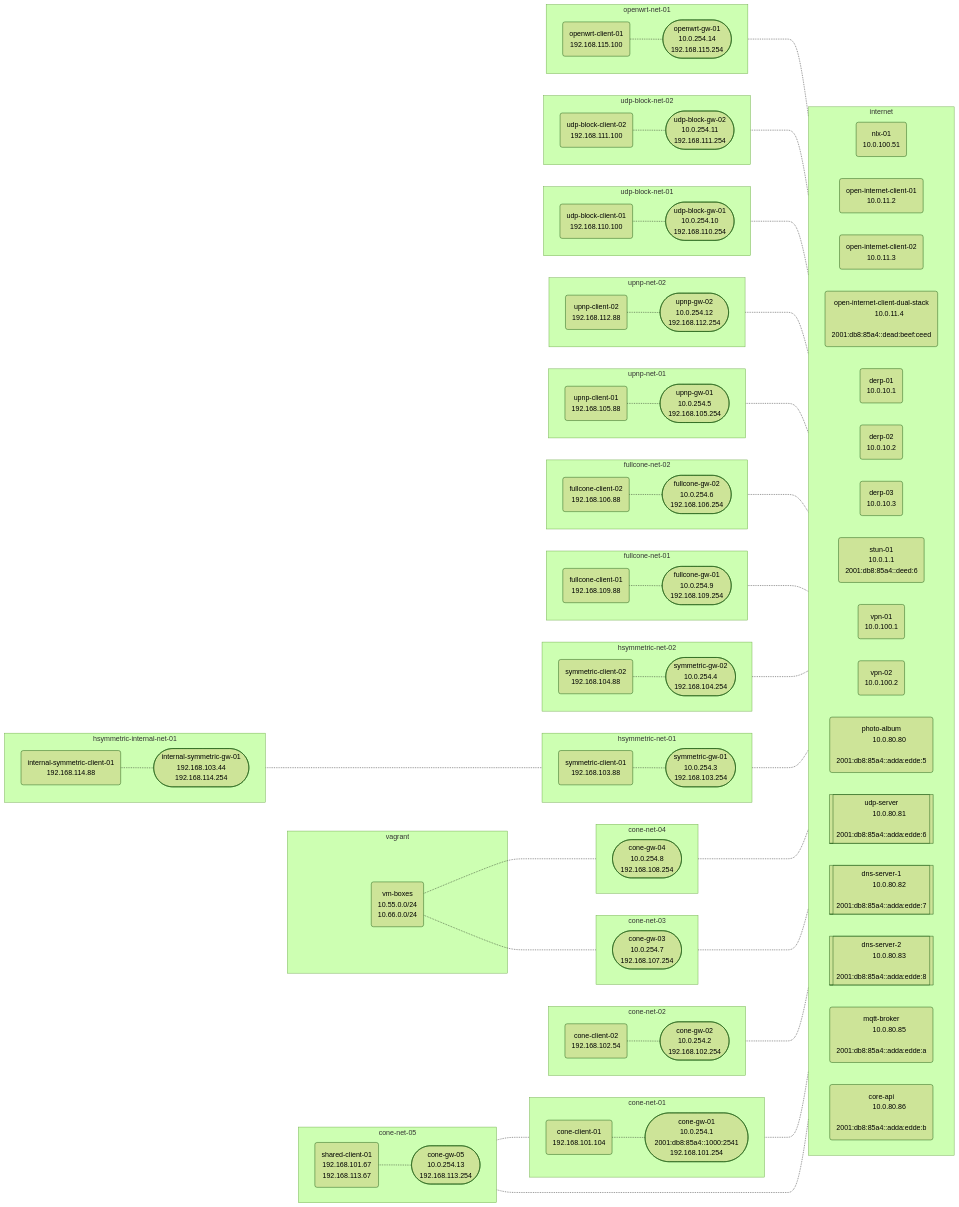
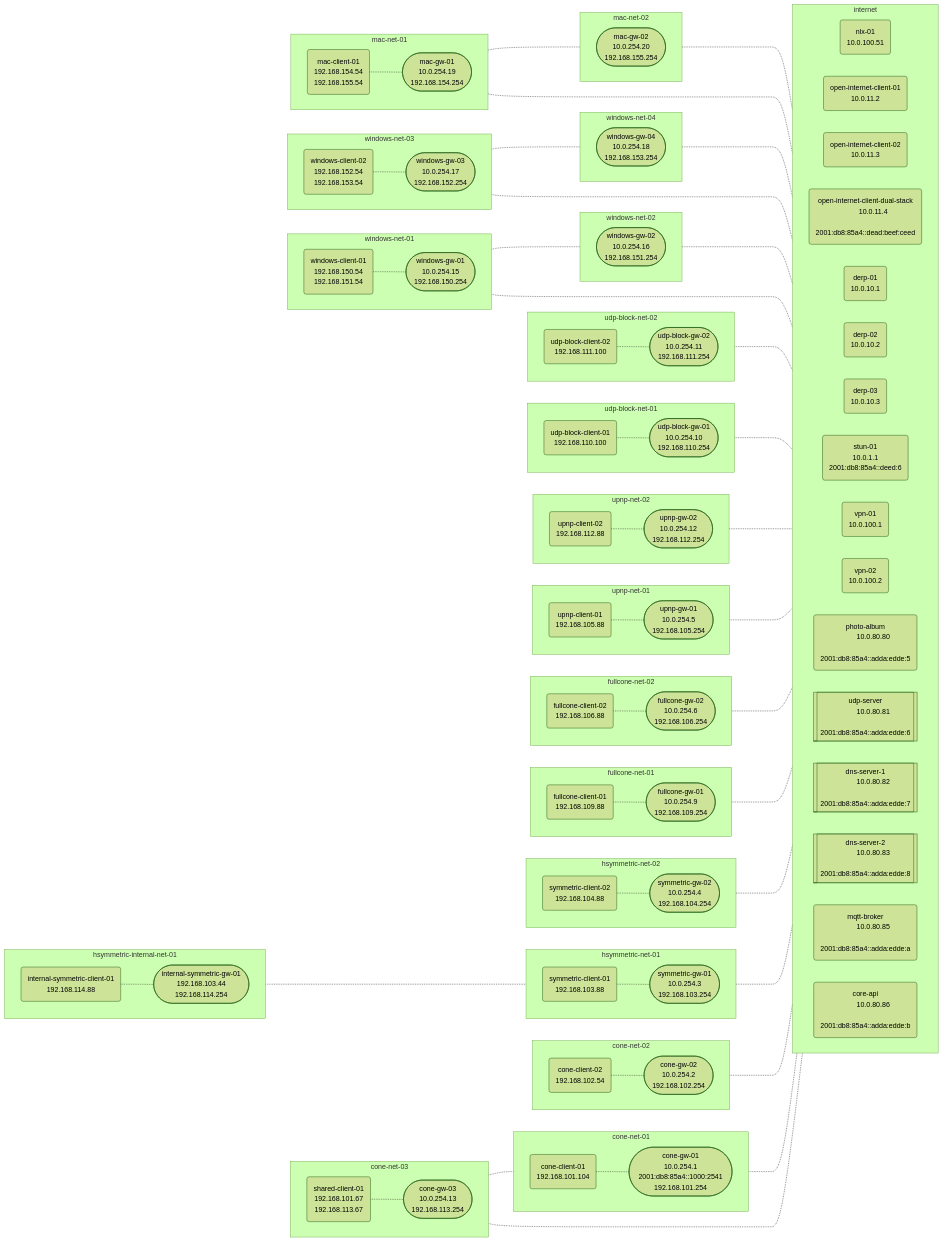
Before and after one commit to NordSecurity/libtelio: the diagram in nat-lab/network.md, drawn with Mermaid (forest theme). The commit also changed 89 other files, not shown here.

````diff
--- a/nat-lab/network.md
+++ b/nat-lab/network.md
@@ -48,13 +48,13 @@
         2001:db8:85a4::adda:edde:b")
   end
 
-  %% Network cone-net-05
-  subgraph cone-net-05[cone-net-05]
+  %% Network cone-net-03
+  subgraph cone-net-03[cone-net-03]
   direction LR
     shared-client-01("shared-client-01
         192.168.101.67
         192.168.113.67")
-    cone-gw-05(["cone-gw-05
+    cone-gw-03(["cone-gw-03
         10.0.254.13
         192.168.113.254"])
   end
@@ -78,22 +78,6 @@
     cone-gw-02(["cone-gw-02
         10.0.254.2
         192.168.102.254"])
-  end
-
-  %% Network cone-net-03
-  subgraph cone-net-03[cone-net-03]
-  direction LR
-    cone-gw-03(["cone-gw-03
-        10.0.254.7
-        192.168.107.254"])
-  end
-
-  %% Network cone-net-04
-  subgraph cone-net-04[cone-net-04]
-  direction LR
-    cone-gw-04(["cone-gw-04
-        10.0.254.8
-        192.168.108.254"])
   end
 
   %% Network hsymmetric-net-01
@@ -186,22 +170,76 @@
         192.168.111.254"])
   end
 
-  %% Network openwrt-net-01
-  subgraph openwrt-net-01[openwrt-net-01]
+  %% Network windows-net-01
+  subgraph windows-net-01[windows-net-01]
   direction LR
-    openwrt-client-01("openwrt-client-01
-        192.168.115.100")
-    openwrt-gw-01(["openwrt-gw-01
-        10.0.254.14
-        192.168.115.254"])
+    windows-client-01("windows-client-01
+        192.168.150.54
+        192.168.151.54")
+    windows-gw-01(["windows-gw-01
+        10.0.254.15
+        192.168.150.254"])
+  end
+
+  %% Network windows-net-02
+  subgraph windows-net-02[windows-net-02]
+  direction LR
+    windows-client-01("windows-client-01
+        192.168.150.54
+        192.168.151.54")
+    windows-gw-02(["windows-gw-02
+        10.0.254.16
+        192.168.151.254"])
+  end
+
+  %% Network windows-net-03
+  subgraph windows-net-03[windows-net-03]
+  direction LR
+    windows-client-02("windows-client-02
+        192.168.152.54
+        192.168.153.54")
+    windows-gw-03(["windows-gw-03
+        10.0.254.17
+        192.168.152.254"])
+  end
+
+  %% Network windows-net-04
+  subgraph windows-net-04[windows-net-04]
+  direction LR
+    windows-client-02("windows-client-02
+        192.168.152.54
+        192.168.153.54")
+    windows-gw-04(["windows-gw-04
+        10.0.254.18
+        192.168.153.254"])
+  end
+
+  %% Network mac-net-01
+  subgraph mac-net-01[mac-net-01]
+  direction LR
+    mac-client-01("mac-client-01
+        192.168.154.54
+        192.168.155.54")
+    mac-gw-01(["mac-gw-01
+        10.0.254.19
+        192.168.154.254"])
+  end
+
+  %% Network mac-net-02
+  subgraph mac-net-02[mac-net-02]
+  direction LR
+    mac-client-01("mac-client-01
+        192.168.154.54
+        192.168.155.54")
+    mac-gw-02(["mac-gw-02
+        10.0.254.20
+        192.168.155.254"])
   end
 
   %% Node Connections
   cone-gw-01 -..- internet
   cone-gw-02 -..- internet
   cone-gw-03 -..- internet
-  cone-gw-04 -..- internet
-  cone-gw-05 -..- internet
   symmetric-gw-01 -..- internet
   symmetric-gw-02 -..- internet
   fullcone-gw-01 -..- internet
@@ -210,10 +248,15 @@
   upnp-gw-02 -..- internet
   udp-block-gw-01 -..- internet
   udp-block-gw-02 -..- internet
-  openwrt-gw-01 -..- internet
+  windows-gw-01 -..- internet
+  windows-gw-02 -..- internet
+  windows-gw-03 -..- internet
+  windows-gw-04 -..- internet
+  mac-gw-01 -..- internet
+  mac-gw-02 -..- internet
   cone-client-01 -.- cone-gw-01
   shared-client-01 -.- cone-gw-01
-  shared-client-01 -.- cone-gw-05
+  shared-client-01 -.- cone-gw-03
   cone-client-02 -.- cone-gw-02
   symmetric-client-01 -.- symmetric-gw-01
   internal-symmetric-gw-01 -..- symmetric-gw-01
@@ -225,14 +268,10 @@
   upnp-client-02 -.- upnp-gw-02
   udp-block-client-01 -.- udp-block-gw-01
   udp-block-client-02 -.- udp-block-gw-02
-  openwrt-client-01 -.- openwrt-gw-01
-
-  %% Vagrant boxes
-  subgraph vagrant
-    vm-boxes("vm-boxes
-        10.55.0.0/24 
-        10.66.0.0/24")
-  end
-  vm-boxes -.- cone-gw-03
-  vm-boxes -.- cone-gw-04
+  windows-client-01 -.- windows-gw-01
+  windows-client-01 -.- windows-gw-02
+  windows-client-02 -.- windows-gw-03
+  windows-client-02 -.- windows-gw-04
+  mac-client-01 -.- mac-gw-01
+  mac-client-01 -.- mac-gw-02
 ```
````
